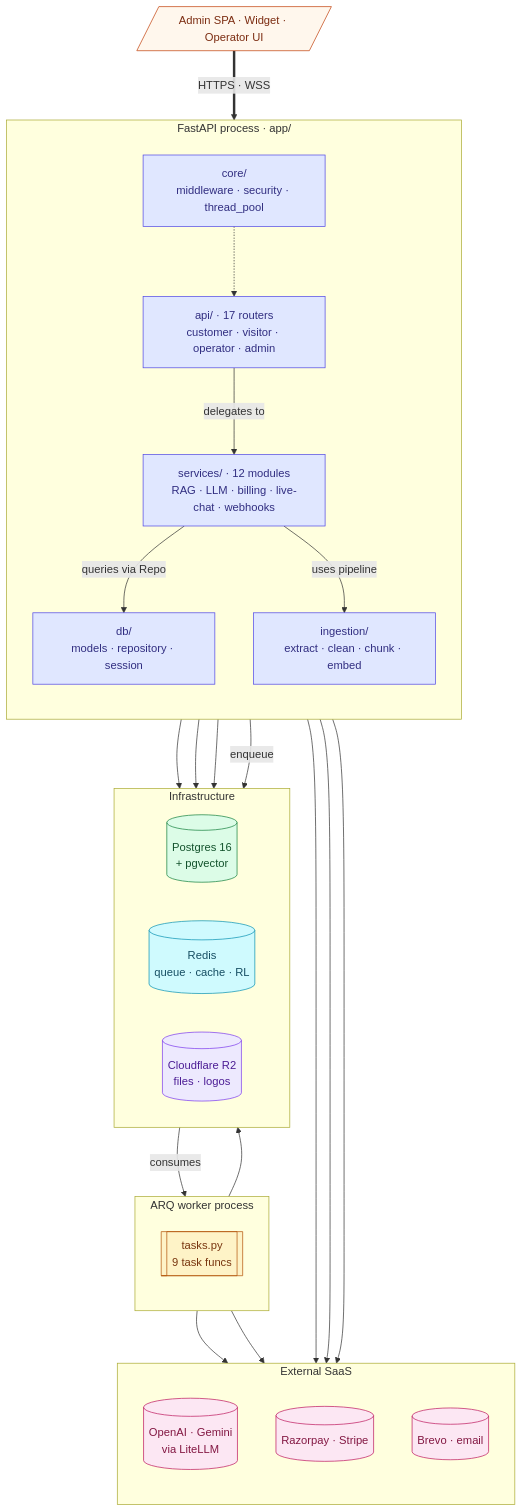
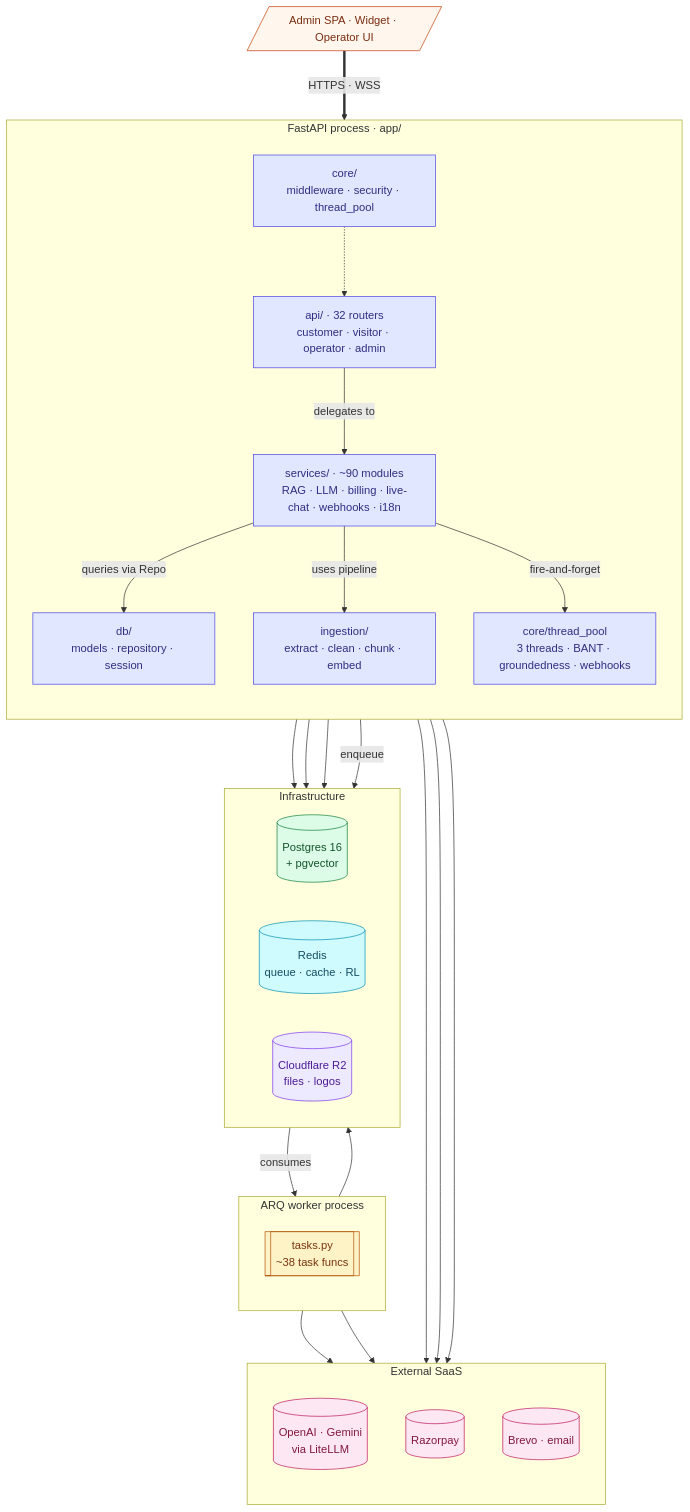
The first of 2 diagrams in docs/system-design/docs/02-architecture/components-api.md (digibranders/oye-chats-platform), drawn with Mermaid before and after one commit. The commit also changed other lines of this file and 35 other files, not shown here.

First line of the commit message:
docs(system-design): the architecture site described a system two rewrites old

````diff
--- a/docs/system-design/docs/02-architecture/components-api.md
+++ b/docs/system-design/docs/02-architecture/components-api.md
@@ -13,63 +13,65 @@
 ```mermaid
 ---
 config:
   flowchart:
     nodeSpacing: 55
     rankSpacing: 75
 ---
 flowchart TB
     classDef edge fill:#fff7ed,stroke:#c2410c,color:#7c2d12
     classDef server fill:#e0e7ff,stroke:#4f46e5,color:#312e81
     classDef worker fill:#fef3c7,stroke:#b45309,color:#78350f
     classDef db fill:#dcfce7,stroke:#15803d,color:#14532d
     classDef ext fill:#fce7f3,stroke:#be185d,color:#831843
     classDef storage fill:#ede9fe,stroke:#7c3aed,color:#4c1d95
     classDef cache fill:#cffafe,stroke:#0891b2,color:#164e63
 
     Client[/"Admin SPA · Widget · Operator UI"/]:::edge
 
     subgraph API["FastAPI process · app/"]
       direction TB
       Core["core/<br/>middleware · security · thread_pool"]:::server
-      Routes["api/ · 17 routers<br/>customer · visitor · operator · admin"]:::server
-      Services["services/ · 12 modules<br/>RAG · LLM · billing · live-chat · webhooks"]:::server
+      Routes["api/ · 32 routers<br/>customer · visitor · operator · admin"]:::server
+      Services["services/ · ~90 modules<br/>RAG · LLM · billing · live-chat · webhooks · i18n"]:::server
       DBLayer["db/<br/>models · repository · session"]:::server
       Ingest["ingestion/<br/>extract · clean · chunk · embed"]:::server
+      Pool["core/thread_pool<br/>3 threads · BANT · groundedness · webhooks"]:::server
       Core -.-> Routes
       Routes -- "delegates to" --> Services
       Services -- "queries via Repo" --> DBLayer
       Services -- "uses pipeline" --> Ingest
+      Services -- "fire-and-forget" --> Pool
     end
 
     subgraph WorkerProc["ARQ worker process"]
       direction TB
-      WTasks[["tasks.py<br/>9 task funcs"]]:::worker
+      WTasks[["tasks.py<br/>~38 task funcs"]]:::worker
     end
 
     subgraph Infra["Infrastructure"]
       direction LR
       PG[("Postgres 16<br/>+ pgvector")]:::db
       RD[("Redis<br/>queue · cache · RL")]:::cache
       R2[("Cloudflare R2<br/>files · logos")]:::storage
     end
 
     subgraph SaaS["External SaaS"]
       direction TB
       LLM[("OpenAI · Gemini<br/>via LiteLLM")]:::ext
-      Pay[("Razorpay · Stripe")]:::ext
+      Pay[("Razorpay")]:::ext
       Brevo[("Brevo · email")]:::ext
     end
 
     Client == "HTTPS · WSS" ==> API
     API -- "enqueue" --> RD
     RD -- "consumes" --> WorkerProc
     DBLayer --> PG
     Ingest --> R2
     Services --> R2
     Services --> LLM
     Services --> Brevo
     Services --> Pay
     WorkerProc --> PG
     WorkerProc --> Brevo
     WorkerProc --> LLM
 ```
````
